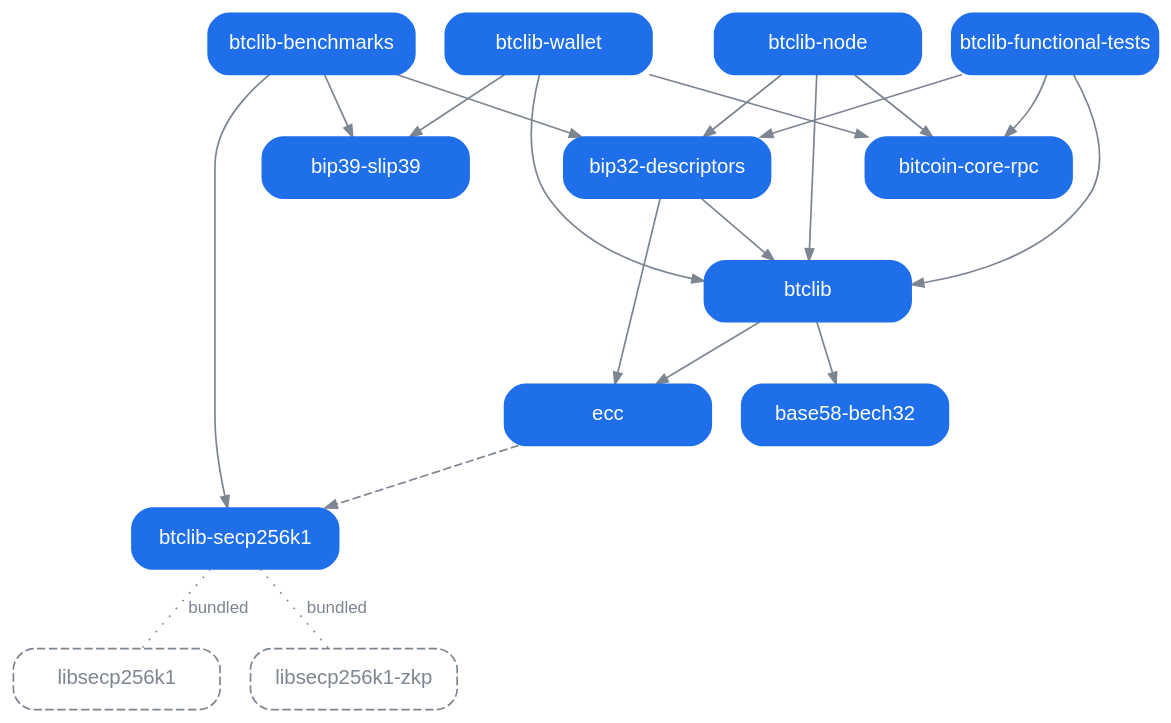
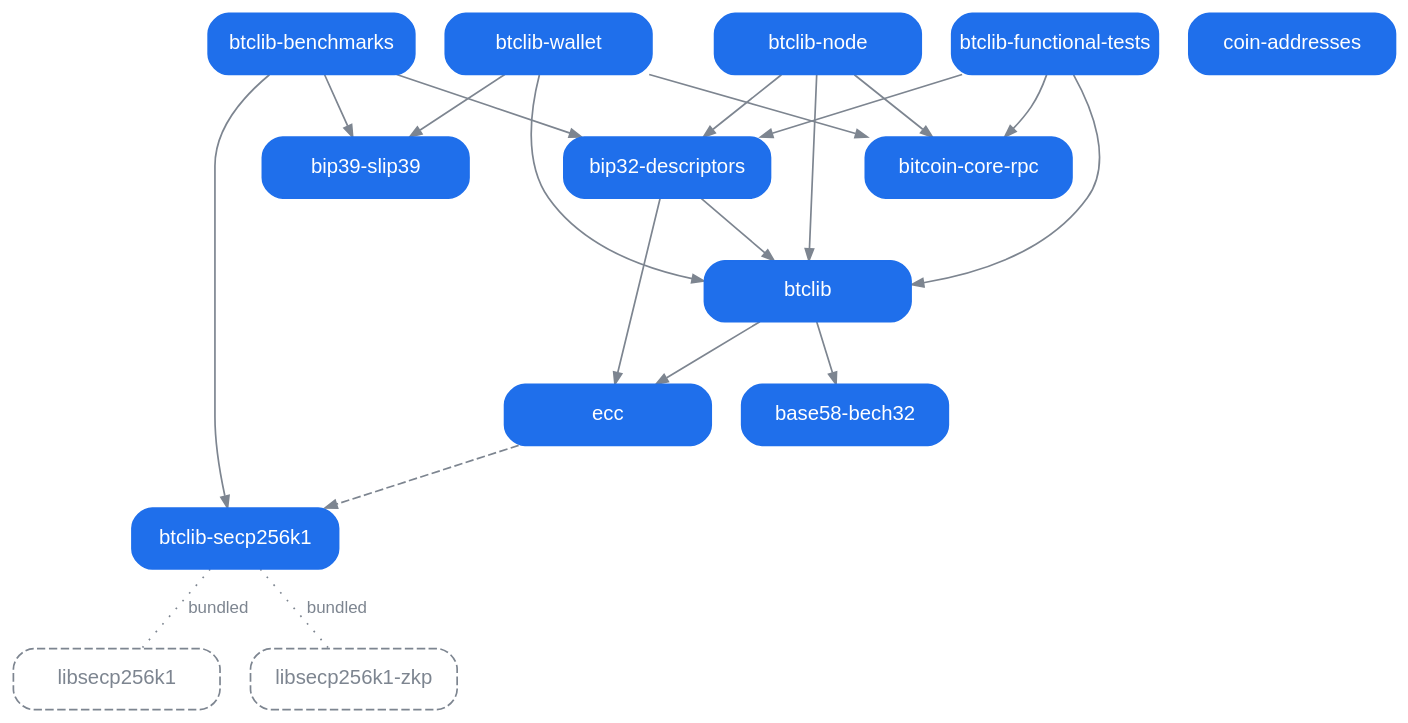
The diagram in profile/dependencies.dot (btclib-org/.github), drawn with Graphviz before and after one commit. The commit also changed 6 other files, not shown here.

```diff
--- a/profile/dependencies.dot
+++ b/profile/dependencies.dot
@@ -1,107 +1,108 @@
 // How the organization's packages depend on each other: the source of
 // dependencies.svg beside it, which profile/README.md shows.
 //
 // A node is the `[project]` name of every tree of the organization that
 // builds a distribution, `[build-system]` being what says it does. A tree
 // that builds none is not drawn, and neither is an arrow into or out of
 // one. A grey dashed outline is not a package of the organization but a C
 // library one of them bundles: the submodule `X` of such a tree is the
 // node `libX`.
 //
 // An arrow points from a project up to what it depends on: solid where
 // `dependencies` in its pyproject.toml names the target, and dashed where
 // only an `optional-dependencies` extra does. An arrow is drawn only
 // where the dependent, bare or with one of its extras, does not already
 // install its target, with the extras it asks of it, through the arrows
 // that are drawn: `btclib-wallet[secp256k1]` asks `btclib[secp256k1]`,
 // which asks `ecc[secp256k1]`, so `btclib-wallet`'s own requirement of
 // `btclib-secp256k1` draws nothing, while `btclib-node` asks
 // `btclib[secp256k1]` and `bip32-descriptors`' `dependencies` ask bare
 // `btclib`, so `btclib-node`'s arrow to `btclib` is drawn beside its
 // arrow to `bip32-descriptors`. The extras are written nowhere, and
 // dependency groups are left out, being what a checkout of the tree
 // installs rather than what a user of the package does. A requirement on
 // a name no tree builds, a retired one included, draws nothing. A dotted
 // line with no arrowhead, labelled `bundled`, joins a package to a C
 // library that is a submodule of its tree, built into the package rather
 // than installed beside it.
 // tests/dependencies_test.py compares this file with every tree's
 // pyproject.toml and .gitmodules, and names every requirement on a
 // retired name.
 //
 // Every position is set by hand and rendered as it stands, by neato with
 // `nop: 2` in .github/scripts/render_dependencies.mjs, which takes the
 // nodes and the edges where they are written. A node's `pos` is its
 // centre in points, y growing upward, and a row is a level: what a
 // package depends on sits above it, in four columns 145 apart. An edge's
 // `pos` is its route as the control points of a spline whose segments
 // are straight, `e,` giving where the arrowhead's tip lands, and a
 // label's `lp` is where it is written. `bip32-descriptors` sits under
 // `btclib` and `btclib-benchmarks` under it, so that the arrows of
 // `btclib-functional-tests` and `btclib-node` into `btclib` pass on
 // either side of `bip32-descriptors`. Every other arrow of
 // `btclib-benchmarks` leaves its box from below and runs round the
 // outside.
 //
 // The colours are for a transparent background under both of GitHub's
 // themes: text sits on the fill of its box, and the grey of the arrows
 // and of the outlined C libraries reads on the light theme's white and
 // the dark theme's near-black.
 digraph dependencies {
     graph [bgcolor="transparent", outputorder=edgesfirst, pad=0.2];
     node [shape=box, style="rounded,filled", color="#1f6feb", fillcolor="#1f6feb",
           fontcolor="#ffffff", fontname="Helvetica", fontsize=12, width=1.7, height=0.5, fixedsize=true];
     edge [color="#7d8590", fontcolor="#7d8590", fontname="Helvetica", fontsize=10, arrowsize=0.7];
 
     "libsecp256k1"     [pos="290,560", style="rounded,dashed", color="#7d8590", fontcolor="#7d8590"];
     "libsecp256k1-zkp" [pos="435,560", style="rounded,dashed", color="#7d8590", fontcolor="#7d8590"];
     "base58-bech32"    [pos="145,560"];
     "bip39-slip39"     [pos="0,560"];
     "bitcoin-core-rpc" [pos="145,460"];
     "btclib-secp256k1" [pos="290,460"];
     "ecc"              [pos="290,360"];
     "btclib"           [pos="290,260"];
     "btclib-wallet"           [pos="0,160"];
     "bip32-descriptors"       [pos="290,160"];
+    "coin-addresses"          [pos="0,60"];
     "btclib-functional-tests" [pos="145,60"];
     "btclib-benchmarks"       [pos="290,60"];
     "btclib-node"             [pos="435,60"];
 
     "btclib-secp256k1" -> "libsecp256k1" [style=dotted, arrowhead=none, label="bundled", lp="262,510",
         pos="290,478 290,478 290,542 290,542"];
     "btclib-secp256k1" -> "libsecp256k1-zkp" [style=dotted, arrowhead=none, label="bundled", lp="463,526",
         pos="320,478 320,478 320,510 320,510 320,510 435,510 435,510 435,510 435,542 435,542"];
     "ecc" -> "btclib-secp256k1" [style=dashed,
         pos="e,290,442 290,378 290,378 290,435 290,435"];
     "btclib" -> "ecc" [pos="e,290,342 290,278 290,278 290,335 290,335"];
     "btclib" -> "base58-bech32"
         [pos="e,145,542 229,260 229,260 40,260 40,260 40,260 40,510 40,510 40,510 145,510 145,510 145,510 145,535 145,535"];
     "btclib-wallet" -> "btclib"
         [pos="e,229,270 20,178 20,178 20,270 20,270 20,270 222,270 222,270"];
     "bip32-descriptors" -> "btclib" [
         pos="e,290,242 290,178 290,178 290,235 290,235"];
     "bip32-descriptors" -> "ecc"
         [pos="e,351,360 351,160 351,160 380,160 380,160 380,160 380,360 380,360 380,360 358,360 358,360"];
     "btclib-functional-tests" -> "bip32-descriptors"
         [pos="e,250,142 185,78 185,78 185,110 185,110 185,110 250,110 250,110 250,110 250,135 250,135"];
     "btclib-functional-tests" -> "btclib"
         [pos="e,229,250 165,78 165,78 165,250 165,250 165,250 222,250 222,250"];
     "btclib-functional-tests" -> "bitcoin-core-rpc" [
         pos="e,125,442 125,78 125,78 125,435 125,435"];
     "btclib-benchmarks" -> "bip32-descriptors" [
         pos="e,290,142 290,78 290,78 290,135 290,135"];
     "btclib-node" -> "bip32-descriptors"
         [pos="e,330,142 395,78 395,78 395,110 395,110 395,110 330,110 330,110 330,110 330,135 330,135"];
     "btclib-node" -> "btclib"
         [pos="e,351,250 435,78 435,78 435,250 435,250 435,250 358,250 358,250"];
     "btclib-node" -> "bitcoin-core-rpc"
         [pos="e,185,442 465,78 465,78 465,310 465,310 465,310 185,310 185,310 185,310 185,435 185,435"];
     "btclib-benchmarks" -> "btclib-secp256k1"
         [pos="e,351,460 330,42 330,42 330,25 330,25 330,25 530,25 530,25 530,25 530,460 530,460 530,460 358,460 358,460"];
     "btclib-benchmarks" -> "bip39-slip39"
         [pos="e,0,578 250,42 250,42 250,20 250,20 250,20 -80,20 -80,20 -80,20 -80,610 -80,610 -80,610 0,610 0,610 0,610 0,585 0,585"];
     "btclib-wallet" -> "bitcoin-core-rpc"
         [pos="e,84,460 -20,178 -20,178 -20,460 -20,460 -20,460 77,460 77,460"];
     "btclib-wallet" -> "bip39-slip39"
         [pos="e,-40,542 -40,178 -40,178 -40,535 -40,535"];
 }
```
